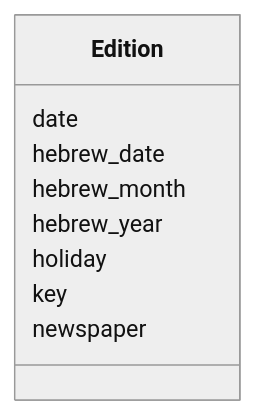
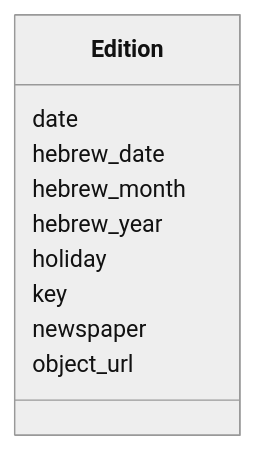
The diagram in linkml/generated/docs/editions/Edition.md (dsmedia/pruzhany-schema), drawn with Mermaid (neutral theme) before and after one commit. The commit also changed other lines of this file and 103 other files, not shown here.

````diff
--- a/linkml/generated/docs/editions/Edition.md
+++ b/linkml/generated/docs/editions/Edition.md
@@ -23,20 +23,22 @@
 ```mermaid
  classDiagram
     class Edition
     click Edition href "../Edition/"
       Edition : date
         
       Edition : hebrew_date
         
       Edition : hebrew_month
         
       Edition : hebrew_year
         
       Edition : holiday
         
       Edition : key
         
       Edition : newspaper
         
+      Edition : object_url
+        
       
 ```
````
